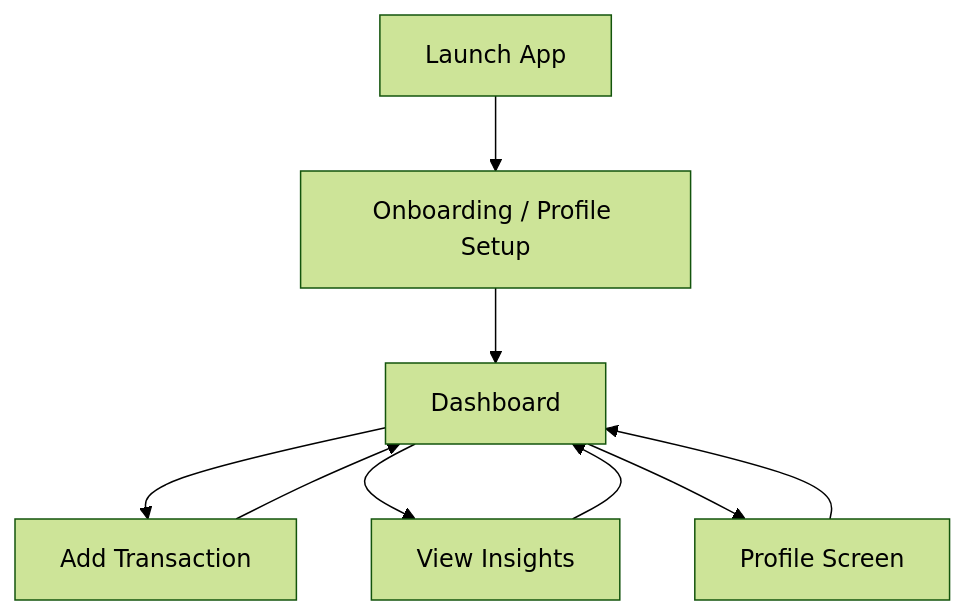
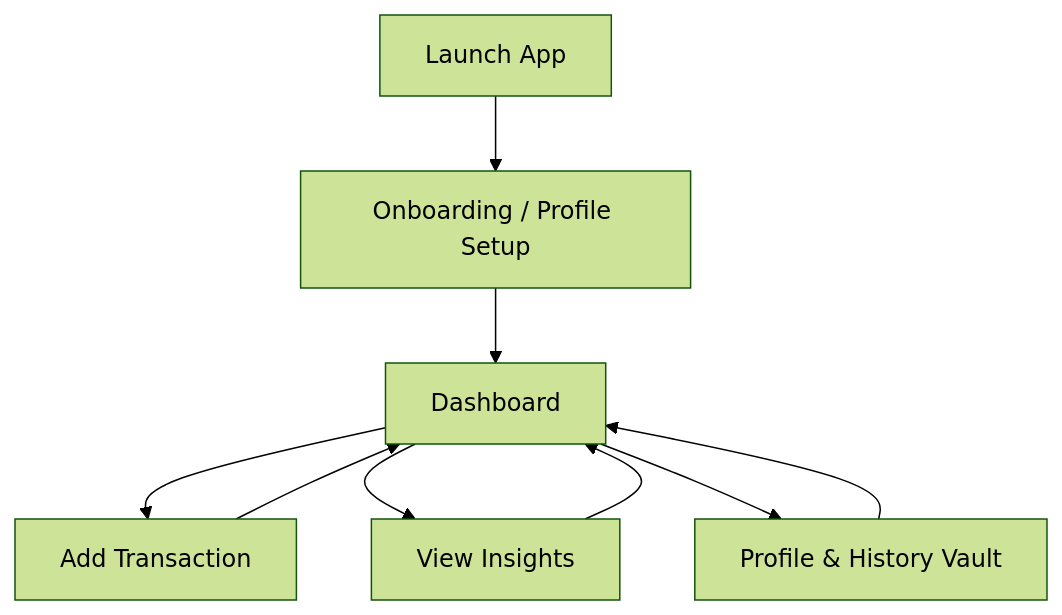
Before and after one commit to DhruvChaurasia9403/Spendwise: the first of 2 diagrams in README.md, drawn with Mermaid (forest theme). The commit also changed other lines of this file and 14 other files, not shown here.

````diff
--- a/README.md
+++ b/README.md
@@ -20,12 +62,12 @@
 ```mermaid
 flowchart TD
 A[Launch App] --> B[Onboarding / Profile Setup]
 B --> C[Dashboard]
 C --> D[Add Transaction]
 C --> E[View Insights]
-C --> F[Profile Screen]
+C --> F[Profile & History Vault]
 
     D --> C
     E --> C
     F --> C
 ```
````
